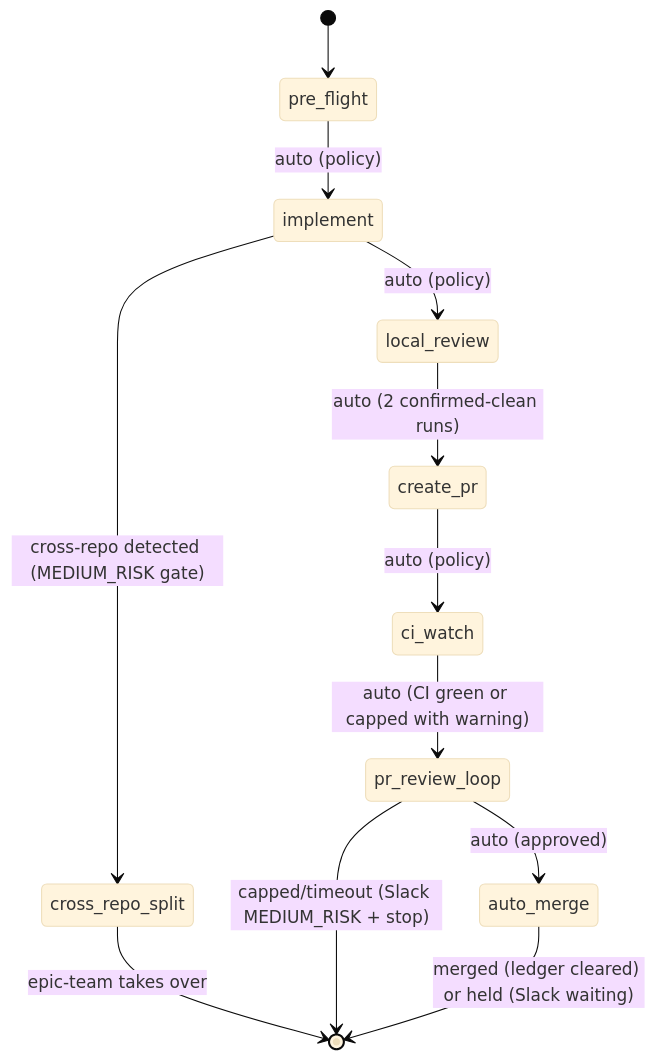
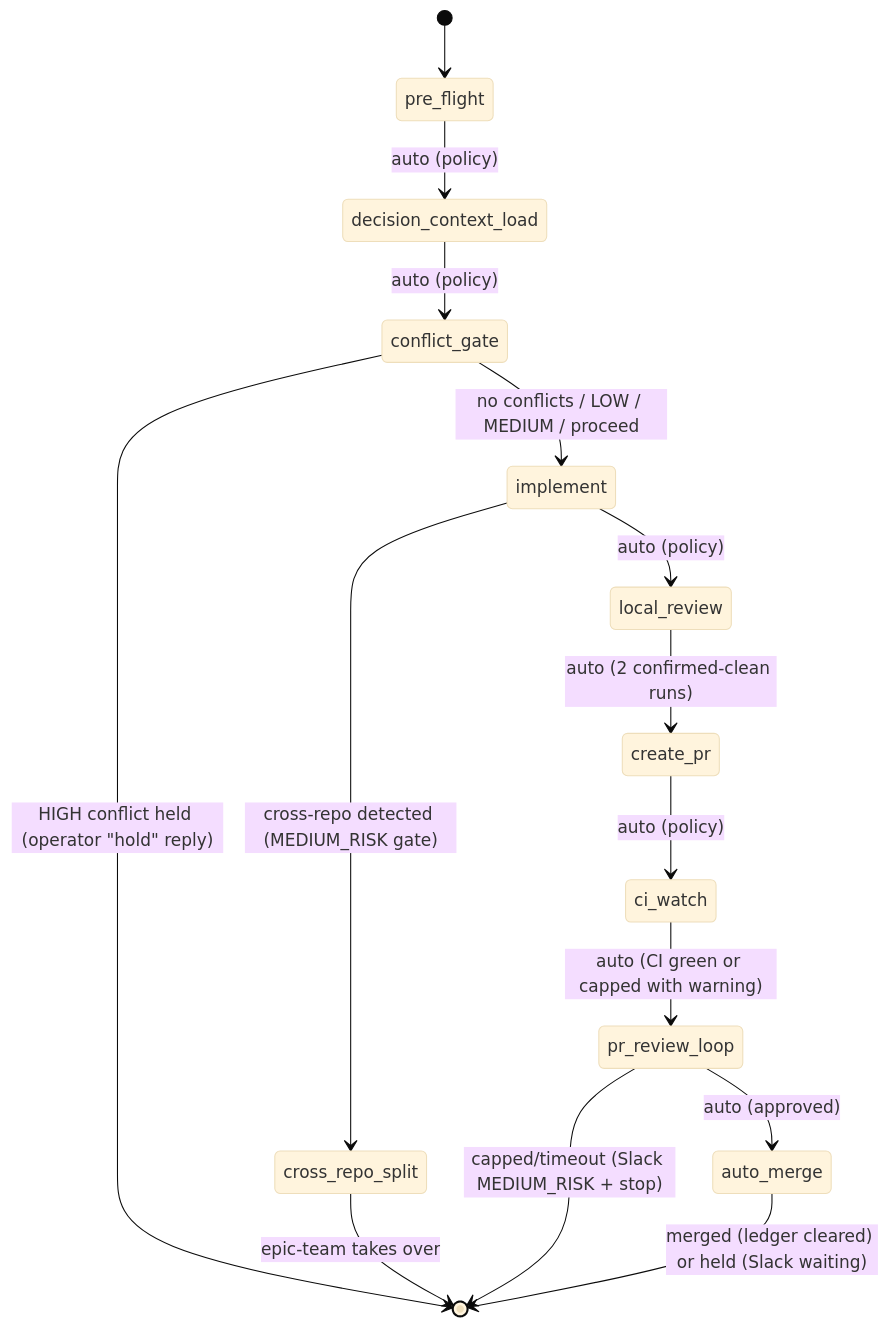
Before and after one commit to OmniNode-ai/omniclaude: the diagram in plugins/onex/skills/ticket-pipeline/SKILL.md, drawn with Mermaid (base theme). The commit also changed other lines of this file and 1 other file, not shown here.

First line of the commit message:
feat(skills): wire decision context injection into ticket-pipeline + ticket-work [OMN-2770]

````diff
--- a/plugins/onex/skills/ticket-pipeline/SKILL.md
+++ b/plugins/onex/skills/ticket-pipeline/SKILL.md
@@ -182,14 +182,17 @@
 ```mermaid
 stateDiagram-v2
     [*] --> pre_flight
-    pre_flight --> implement : auto (policy)
+    pre_flight --> decision_context_load : auto (policy)
+    decision_context_load --> conflict_gate : auto (policy)
+    conflict_gate --> implement : no conflicts / LOW / MEDIUM / proceed
+    conflict_gate --> [*] : HIGH conflict held (operator "hold" reply)
     implement --> local_review : auto (policy)
     implement --> cross_repo_split : cross-repo detected (MEDIUM_RISK gate)
     cross_repo_split --> [*] : epic-team takes over
     local_review --> create_pr : auto (2 confirmed-clean runs)
     create_pr --> ci_watch : auto (policy)
     ci_watch --> pr_review_loop : auto (CI green or capped with warning)
     pr_review_loop --> auto_merge : auto (approved)
     pr_review_loop --> [*] : capped/timeout (Slack MEDIUM_RISK + stop)
     auto_merge --> [*] : merged (ledger cleared) or held (Slack waiting)
 ```
````
